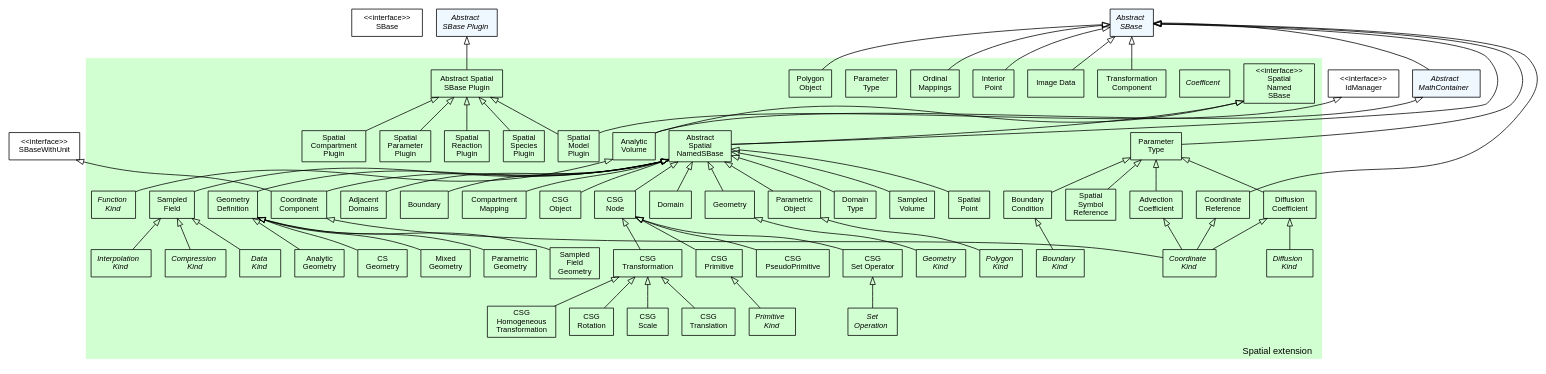
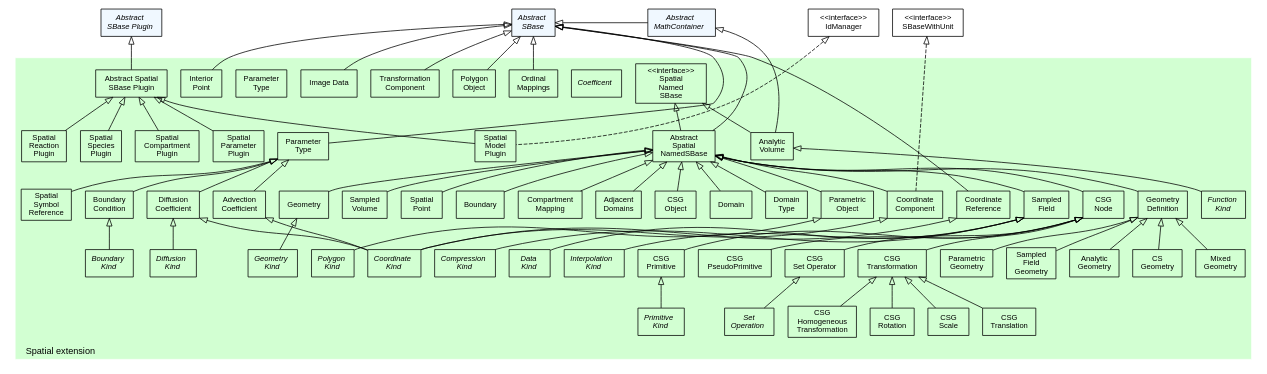
The diagram in extensions/spatial/doc/img/type_hierarchy.dot (sbmlteam/jsbml), drawn with Graphviz before and after one commit. The commit also changed other lines of this file and 28 other files, not shown here.

Commit message:
Improved and corrected several type hierarchy graphs and also fixed a few compile warnings in the multi package. The type hierarchy graph for multi has also been created now.

```diff
--- a/extensions/spatial/doc/img/type_hierarchy.dot
+++ b/extensions/spatial/doc/img/type_hierarchy.dot
@@ -31,18 +31,17 @@
  	/*
  	 * Interfaces
  	 */
- 	
- 	SBase                                    [label="<<interface>>\nSBase"];
- 	SBaseWithUnit                            [label="<<interface>>\nSBaseWithUnit"];
- 	IdManager			                     [label="<<interface>>\nIdManager"];
+{rank="same" 	
+ 	SBaseWithUnit                 [label="<<interface>>\nSBaseWithUnit"];
+ 	IdManager                     [label="<<interface>>\nIdManager"];
    	
   /*
    * Abstract data types
    */
- 	AbstractSBasePlugin                      [label=<<font face="Helvetica-Oblique">Abstract<br/>SBase Plugin</font>>, style="filled", fillcolor="#F0F8FF"]; 	
- 	AbstractSBase                            [label=<<font face="Helvetica-Oblique">Abstract<br/>SBase</font>>, style="filled", fillcolor="#F0F8FF"];
- 	AbstractMathContainer                    [label=<<font face="Helvetica-Oblique">Abstract<br/>MathContainer</font>>, style="filled", fillcolor="#F0F8FF"];
-  
+ 	AbstractSBasePlugin           [label=<<font face="Helvetica-Oblique">Abstract<br/>SBase Plugin</font>>, style="filled", fillcolor="#F0F8FF"]; 	
+        AbstractSBase                 [label=<<font face="Helvetica-Oblique">Abstract<br/>SBase</font>>, style="filled", fillcolor="#F0F8FF"];
+ 	AbstractMathContainer         [label=<<font face="Helvetica-Oblique">Abstract<br/>MathContainer</font>>, style="filled", fillcolor="#F0F8FF"];
+  }
   /*
    * The spatial extension
    */
@@ -55,7 +54,7 @@
     color="#ffffff"
     label="Spatial extension";
     labelloc=b;
-    labeljust=r;
+    labeljust=l;
 
     // Interfaces
     SpatialNamedSBase                        	  [label="<<interface>>\nSpatial\nNamed\nSBase"];
@@ -65,23 +64,23 @@
     // Abstract data types
     CoordinateKind                          	  [label=<<font face="Helvetica-Oblique">Coordinate<br/>Kind</font>>];
     Coefficient                                   [label=<<font face="Helvetica-Oblique">Coefficent</font>>];
-    DataKind                           			  [label=<<font face="Helvetica-Oblique">Compression<br/>Kind</font>>];
+    DataKind                           	          [label=<<font face="Helvetica-Oblique">Compression<br/>Kind</font>>];
     CompressionKind                           	  [label=<<font face="Helvetica-Oblique">Data<br/>Kind</font>>];
     InterpolationKind                             [label=<<font face="Helvetica-Oblique">Interpolation<br/>Kind</font>>];
-    PolygonKind                           		  [label=<<font face="Helvetica-Oblique">Polygon<br/>Kind</font>>];
-    GeometryKind                           	 	  [label=<<font face="Helvetica-Oblique">Geometry<br/>Kind</font>>];
+    PolygonKind                           	  [label=<<font face="Helvetica-Oblique">Polygon<br/>Kind</font>>];
+    GeometryKind                           	  [label=<<font face="Helvetica-Oblique">Geometry<br/>Kind</font>>];
     DiffusionKind                           	  [label=<<font face="Helvetica-Oblique">Diffusion<br/>Kind</font>>];
-    SetOperation                           		  [label=<<font face="Helvetica-Oblique">Set<br/>Operation</font>>];
+    SetOperation                           	  [label=<<font face="Helvetica-Oblique">Set<br/>Operation</font>>];
     PrimitiveKind                           	  [label=<<font face="Helvetica-Oblique">Primitive<br/>Kind</font>>];
-    BoundaryKind                           		  [label=<<font face="Helvetica-Oblique">Boundary<br/>Kind</font>>];
-    FunctionKind                           		  [label=<<font face="Helvetica-Oblique">Function<br/>Kind</font>>];
+    BoundaryKind                           	  [label=<<font face="Helvetica-Oblique">Boundary<br/>Kind</font>>];
+    FunctionKind                           	  [label=<<font face="Helvetica-Oblique">Function<br/>Kind</font>>];
         
     // Objects
     AbstractSpatialNamedSBase                     [label="Abstract\nSpatial\nNamedSBase"];    
-    AbstractSpatialSBasePlugin					  [label="Abstract Spatial\nSBase Plugin"];
+    AbstractSpatialSBasePlugin			  [label="Abstract Spatial\nSBase Plugin"];
     AdjacentDomains                               [label="Adjacent\nDomains"];  
     AdvectionCoefficient                          [label="Advection\nCoefficient"];
-    ParameterType                          		  [label="Parameter\nType"];
+    ParameterType                          	  [label="Parameter\nType"];
     AnalyticGeometry                              [label="Analytic\nGeometry"];
     GeometryDefinition                            [label="Geometry\nDefinition"];
     AnalyticVolume                                [label="Analytic\nVolume"];
@@ -100,7 +99,7 @@
     CSGRotation                                   [label="CSG\nRotation"];
     CSGScale                                      [label="CSG\nScale"];
     CSGSetOperator                                [label="CSG\nSet Operator"];
-	CSGTranslation                                [label="CSG\nTranslation"];
+    CSGTranslation                                [label="CSG\nTranslation"];
     DiffusionCoefficient                          [label="Diffusion\nCoefficient"];
     Domain                                        [label="Domain"];
     DomainType                                    [label="Domain\nType"];
@@ -109,7 +108,7 @@
     ImageData                                     [label="Image Data"];
     InteriorPoint                                 [label="Interior\nPoint"];
     MixedGeometry                                 [label="Mixed\nGeometry"];
-    OrdinalMapping	                              [label="Ordinal\nMappings"];
+    OrdinalMapping                                [label="Ordinal\nMappings"];
     ParamaterType                                 [label="Parameter\nType"];
     ParametricGeometry                            [label="Parametric\nGeometry"];
     ParametricObject                              [label="Parametric\nObject"];
@@ -190,19 +189,19 @@
    * Inheritance graph *
    *********************/
 
-  AbstractSBase         -> AbstractSpatialNamedSBase     [dir=back,arrowtail=empty];
-  AbstractSBasePlugin         -> AbstractSpatialSBasePlugin     [dir=back,arrowtail=empty];
-  AbstractSBase         -> ParameterType     [dir=back,arrowtail=empty];
-  AbstractMathContainer -> AnalyticVolume            [dir=back,arrowtail=empty];
-  SBaseWithUnit -> CoordinateComponent            [dir=back,arrowtail=empty];
-  AbstractSBase         -> CoordinateReference     [dir=back,arrowtail=empty];
-  AbstractSBase         -> AbstractMathContainer     [dir=back,arrowtail=empty];
+  AbstractSBase         -> AbstractSpatialNamedSBase  [dir=back,arrowtail=empty];
+  AbstractSBasePlugin   -> AbstractSpatialSBasePlugin [dir=back,arrowtail=empty];
+  AbstractSBase         -> ParameterType              [dir=back,arrowtail=empty];
+  AbstractMathContainer -> AnalyticVolume             [dir=back,arrowtail=empty];
+  SBaseWithUnit         -> CoordinateComponent        [dir=back,arrowtail=empty,style=dashed];
+  AbstractSBase         -> CoordinateReference        [dir=back,arrowtail=empty];
+  AbstractSBase         -> AbstractMathContainer      [dir=back,arrowtail=empty];
   AbstractSBase         -> ImageData                  [dir=back,arrowtail=empty];
-  AbstractSBase         -> InteriorPoint                  [dir=back,arrowtail=empty];
-  AbstractSBase         -> OrdinalMapping                  [dir=back,arrowtail=empty];
-  AbstractSBase         -> ParameterType                  [dir=back,arrowtail=empty];
-  AbstractSBase         -> PolygonObject           [dir=back,arrowtail=empty];
-  IdManager				-> SpatialModelPlugin		 [dir=back,arrowtail=empty];
-  AbstractSBase         -> TransformationComponent           [dir=back,arrowtail=empty];
+  AbstractSBase         -> InteriorPoint              [dir=back,arrowtail=empty];
+  AbstractSBase         -> OrdinalMapping             [dir=back,arrowtail=empty];
+  AbstractSBase         -> ParameterType              [dir=back,arrowtail=empty];
+  AbstractSBase         -> PolygonObject              [dir=back,arrowtail=empty];
+  IdManager		-> SpatialModelPlugin         [dir=back,arrowtail=empty,style=dashed];
+  AbstractSBase         -> TransformationComponent    [dir=back,arrowtail=empty];
 
 }
```
